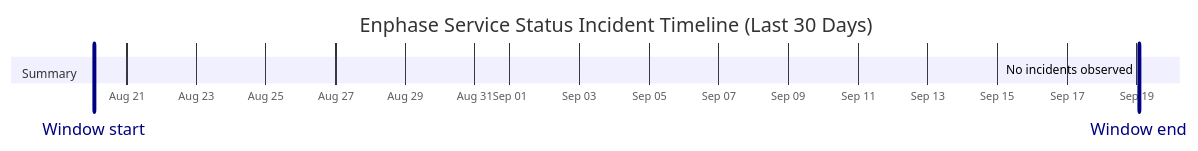
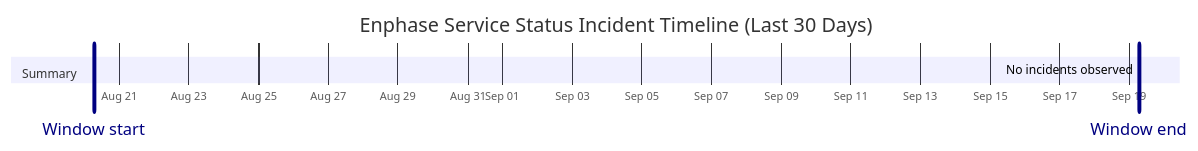
One commit to barneyonline/ha-enphase-energy changed the diagram in wiki/Service-Status-History.md. Above: the diagram before and after it, drawn with Mermaid. The commit also changed other lines of this file and 3 other files, not shown here.

````diff
--- a/wiki/Service-Status-History.md
+++ b/wiki/Service-Status-History.md
@@ -14,10 +14,10 @@
 ```mermaid
 gantt
     title Enphase Service Status Incident Timeline (Last 30 Days)
     dateFormat  YYYY-MM-DDTHH:mm:ss
     axisFormat  %b %d
-    Window start :vert, window-start, 2026-08-20T01:28:14, 0ms
-    Window end :vert, window-end, 2026-09-19T01:28:14, 0ms
+    Window start :vert, window-start, 2026-08-20T06:27:50, 0ms
+    Window end :vert, window-end, 2026-09-19T06:27:50, 0ms
     section Summary
-    No incidents observed :done, 2026-09-19T01:28:14, 1m
+    No incidents observed :done, 2026-09-19T06:27:50, 1m
 ```
````
